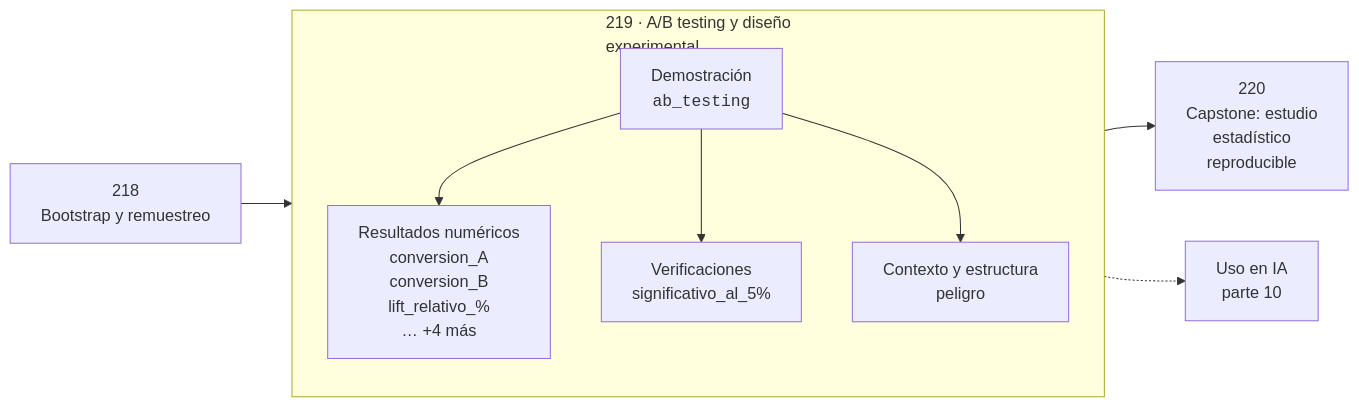
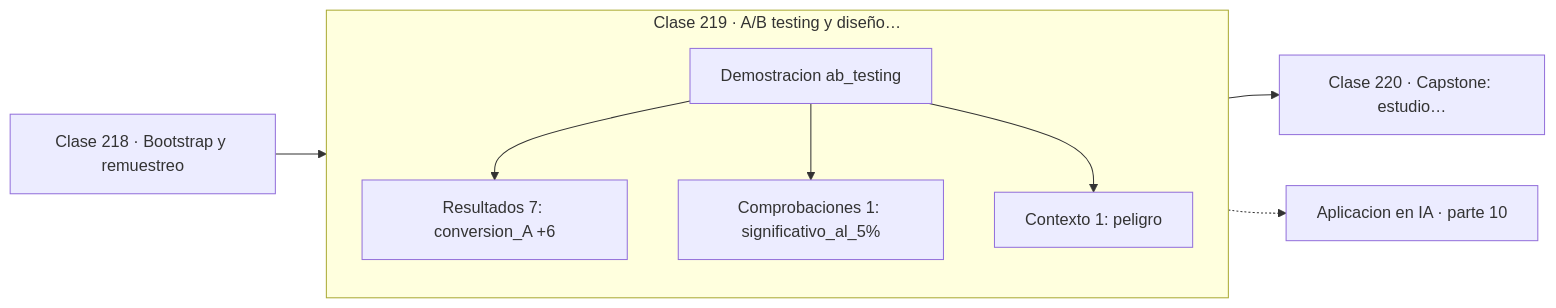
One commit to vladimiracunadev-create/computational-mathematics-program changed the diagram in classes/part-10-estadistica-e-inferencia/219-a-b-testing-y-diseno-experimental/README.md. Above: the diagram before and after it, drawn with Mermaid. The commit also changed 389 other files, not shown here.

First line of the commit message:
fix(diagramas): elimina el HTML de las etiquetas Mermaid

````diff
--- a/classes/part-10-estadistica-e-inferencia/219-a-b-testing-y-diseno-experimental/README.md
+++ b/classes/part-10-estadistica-e-inferencia/219-a-b-testing-y-diseno-experimental/README.md
@@ -30,12 +30,13 @@
 ```mermaid
 flowchart LR
-    P["218<br/>Bootstrap y remuestreo"] --> C
-    subgraph C["219 · A/B testing y diseño<br/>experimental"]
+    P["Clase 218 · Bootstrap y remuestreo"] --> D
+    subgraph CLASE["Clase 219 · A/B testing y diseño…"]
         direction TB
-        D["Demostración<br/><code>ab_testing</code>"] --> R["Resultados numéricos<br/>conversion_A<br/>conversion_B<br/>lift_relativo_%<br/>… +4 más"]
-        D --> V["Verificaciones<br/>significativo_al_5%"]
-        D --> O["Contexto y estructura<br/>peligro"]
+        D["Demostracion ab_testing"]
+        D --> R["Resultados 7: conversion_A +6"]
+        D --> V["Comprobaciones 1: significativo_al_5%"]
+        D --> O["Contexto 1: peligro"]
     end
-    C --> N["220<br/>Capstone: estudio<br/>estadístico<br/>reproducible"]
-    C -.-> IA["Uso en IA<br/>parte 10"]
+    R --> N["Clase 220 · Capstone: estudio…"]
+    V -.-> IA["Aplicacion en IA · parte 10"]
 ```
````
